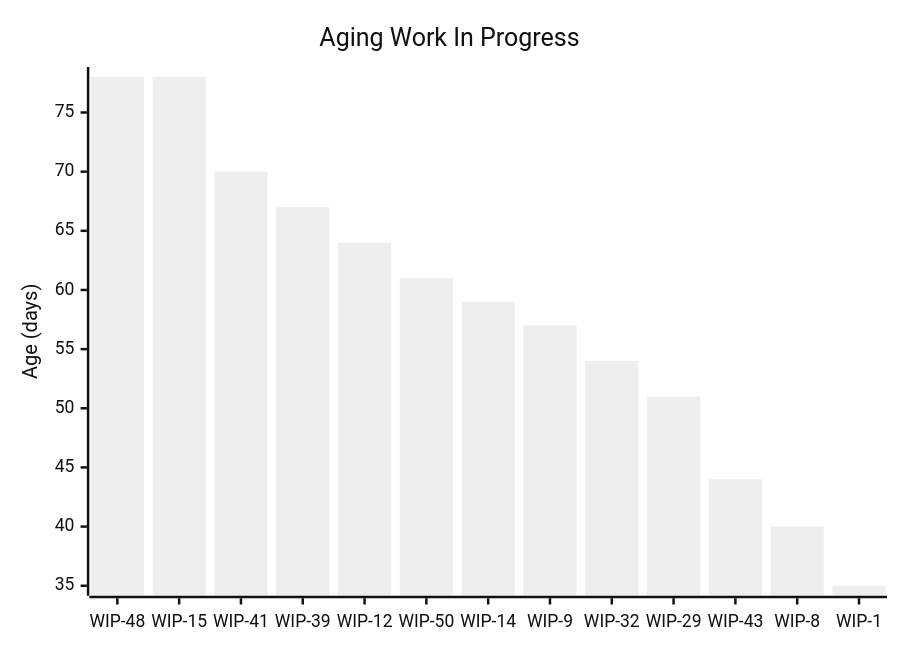
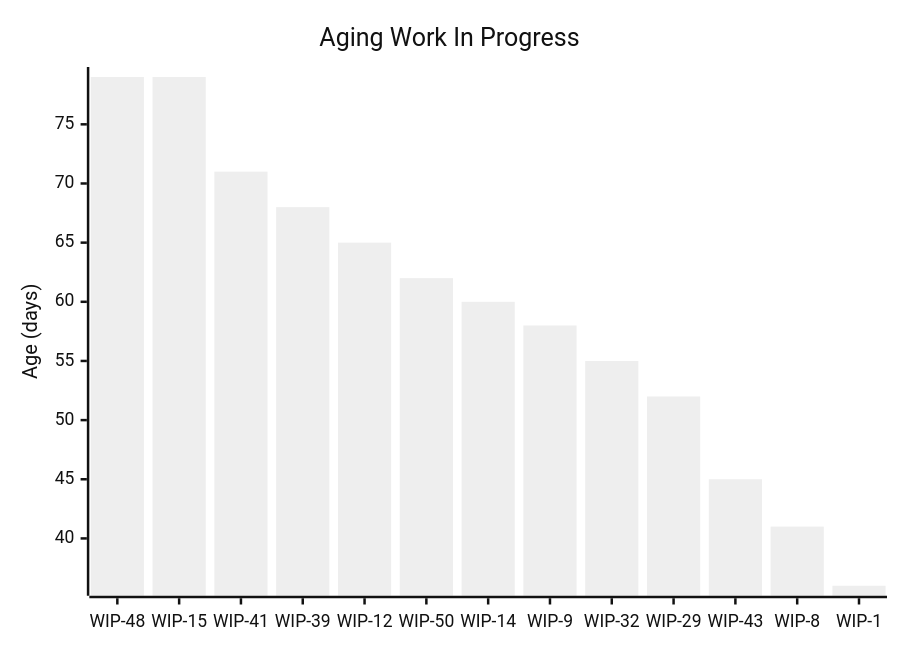
The first of 5 diagrams in data/samples/reports/sample_data_large/types/Bug.md (cbroult/predictability-engine), drawn with Mermaid (neutral theme) before and after one commit. The commit also changed other lines of this file and 74 other files, not shown here.

````diff
--- a/data/samples/reports/sample_data_large/types/Bug.md
+++ b/data/samples/reports/sample_data_large/types/Bug.md
@@ -30,7 +30,7 @@
 ```mermaid
 xychart-beta
     title "Aging Work In Progress"
     x-axis ["WIP-48", "WIP-15", "WIP-41", "WIP-39", "WIP-12", "WIP-50", "WIP-14", "WIP-9", "WIP-32", "WIP-29", "WIP-43", "WIP-8", "WIP-1"]
     y-axis "Age (days)"
-    bar "Age" [78, 78, 70, 67, 64, 61, 59, 57, 54, 51, 44, 40, 35]
+    bar "Age" [79, 79, 71, 68, 65, 62, 60, 58, 55, 52, 45, 41, 36]
 ```
````
